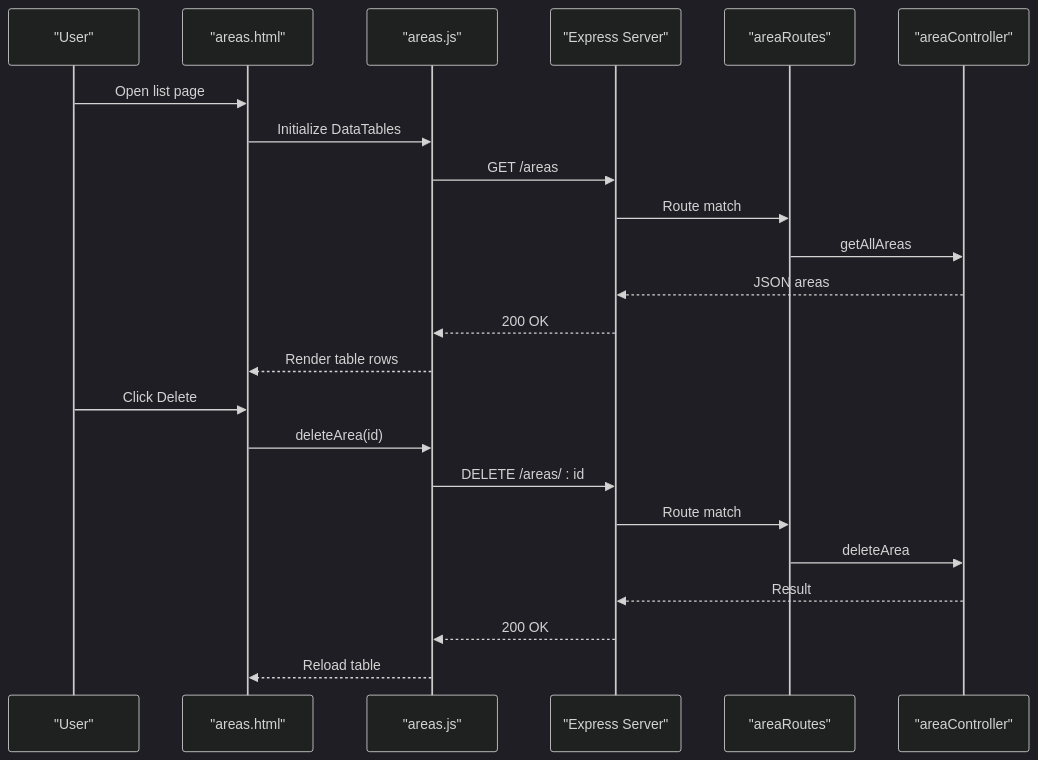
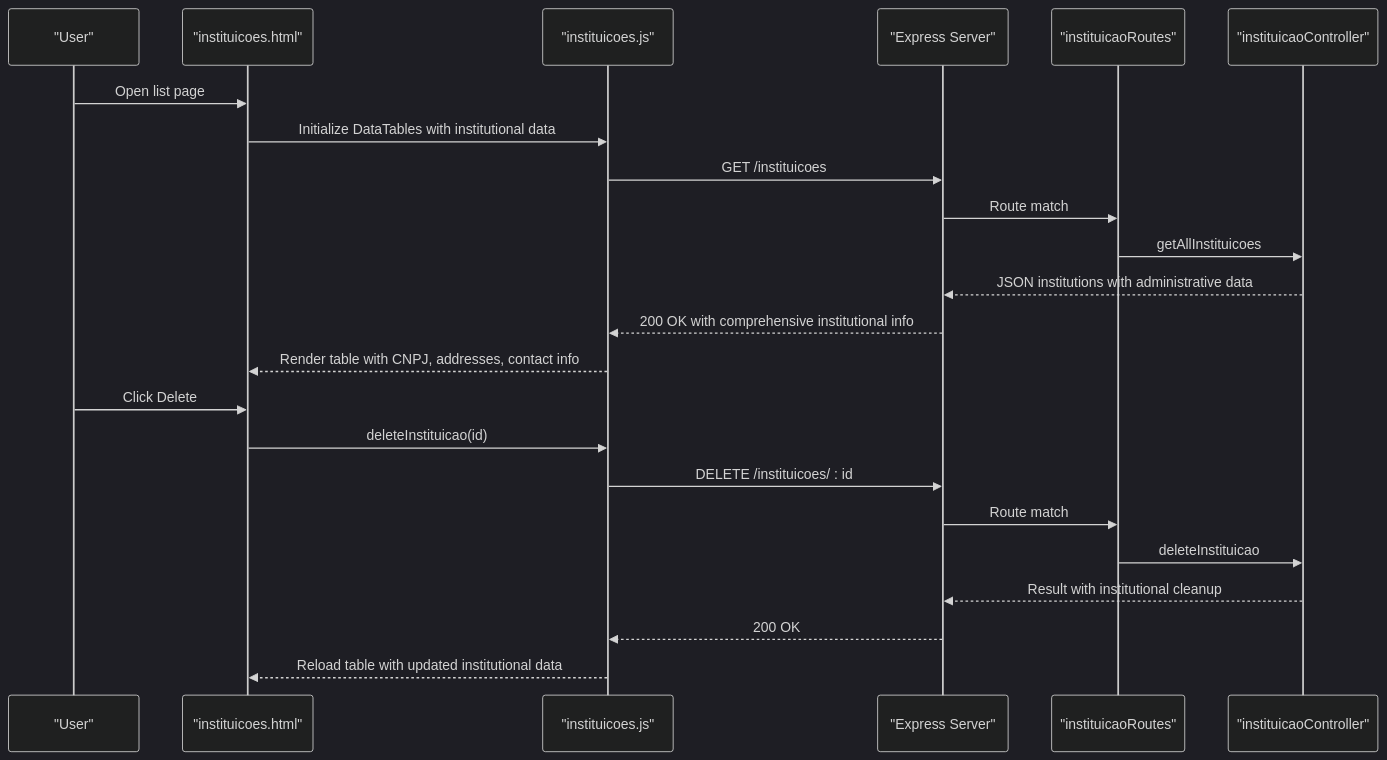
Before and after one commit to luiseduacosta/nodemural: the fourth of 6 diagrams in .qoder/repowiki/en/content/Core Features Implementation/Institutional Management.md, drawn with Mermaid (dark theme). The commit also changed other lines of this file and 27 other files, not shown here.

````diff
--- a/.qoder/repowiki/en/content/Core Features Implementation/Institutional Management.md
+++ b/.qoder/repowiki/en/content/Core Features Implementation/Institutional Management.md
@@ -202,25 +246,25 @@
 ```mermaid
 sequenceDiagram
 participant U as "User"
-participant L as "areas.html"
-participant J as "areas.js"
+participant L as "instituicoes.html"
+participant J as "instituicoes.js"
 participant S as "Express Server"
-participant R as "areaRoutes"
-participant C as "areaController"
+participant R as "instituicaoRoutes"
+participant C as "instituicaoController"
 U->>L : Open list page
-L->>J : Initialize DataTables
-J->>S : GET /areas
+L->>J : Initialize DataTables with institutional data
+J->>S : GET /instituicoes
 S->>R : Route match
-R->>C : getAllAreas
-C-->>S : JSON areas
+R->>C : getAllInstituicoes
+C-->>S : JSON institutions with administrative data
+S-->>J : 200 OK with comprehensive institutional info
+J-->>L : Render table with CNPJ, addresses, contact info
+U->>L : Click Delete
+L->>J : deleteInstituicao(id)
+J->>S : DELETE /instituicoes/ : id
+S->>R : Route match
+R->>C : deleteInstituicao
+C-->>S : Result with institutional cleanup
 S-->>J : 200 OK
-J-->>L : Render table rows
-U->>L : Click Delete
-L->>J : deleteArea(id)
-J->>S : DELETE /areas/ : id
-S->>R : Route match
-R->>C : deleteArea
-C-->>S : Result
-S-->>J : 200 OK
-J-->>L : Reload table
+J-->>L : Reload table with updated institutional data
 ```
````
